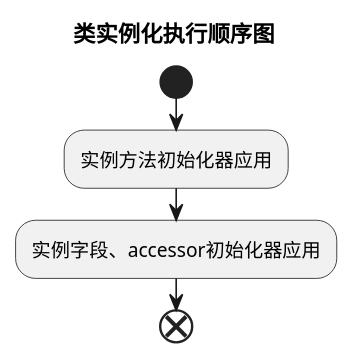
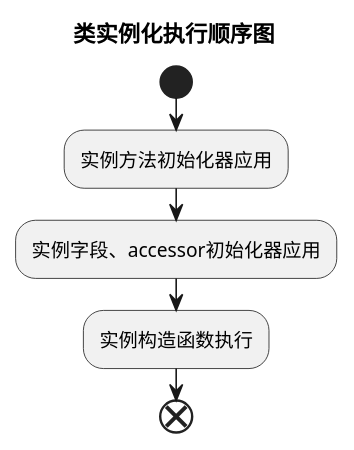
Before and after one commit to ShueyYuen/yuen-blog: the second of 2 diagrams in content/post/20241012-typescript-decorator-new.md, drawn with PlantUML. The commit also changed other lines of this file and 3 other files, not shown here.

````diff
--- a/content/post/20241012-typescript-decorator-new.md
+++ b/content/post/20241012-typescript-decorator-new.md
@@ -462,9 +409,10 @@
 ```plantuml
 @startuml
 title 类实例化执行顺序图
 start
 :实例方法初始化器应用;
 :实例字段、accessor初始化器应用;
+:实例构造函数执行;
 end
 @enduml
 ```
````
